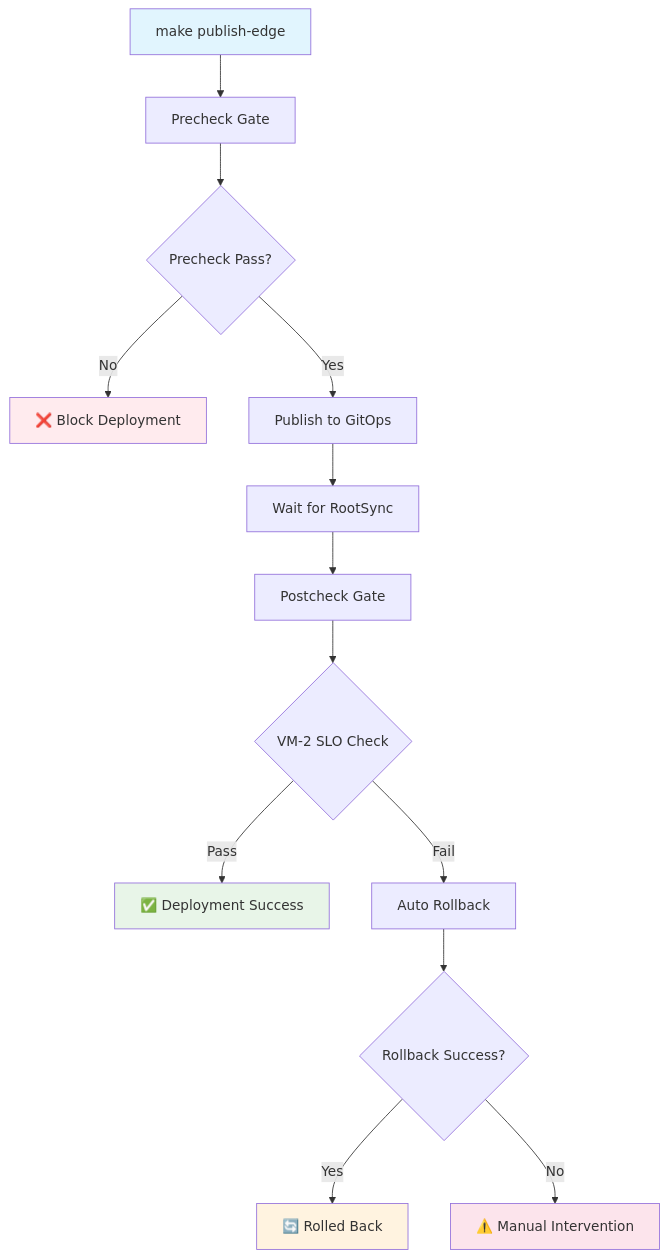
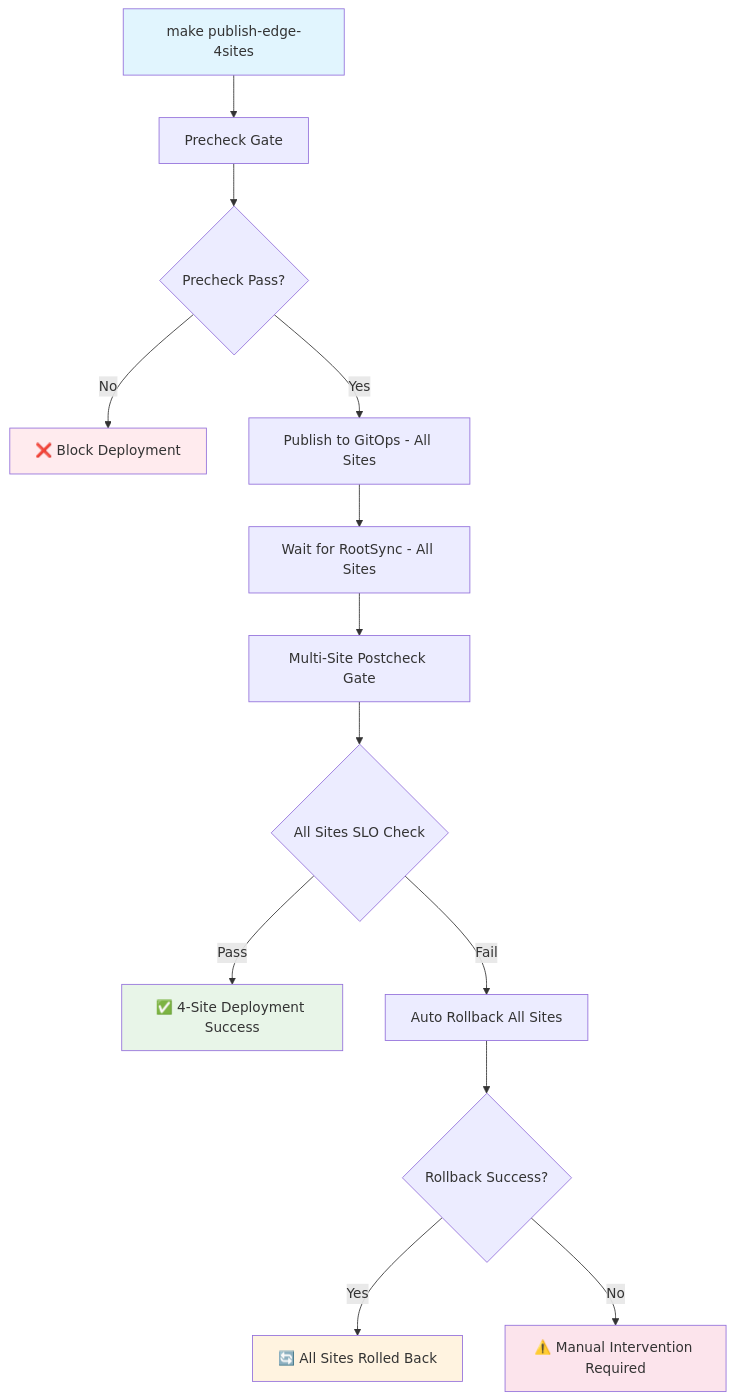
Before and after one commit to thc1006/nephio-intent-to-o2-demo: the diagram in docs/deployment/DEPLOYMENT_GUARD.md, drawn with Mermaid. The commit also changed other lines of this file and 62 other files, not shown here.

````diff
--- a/docs/deployment/DEPLOYMENT_GUARD.md
+++ b/docs/deployment/DEPLOYMENT_GUARD.md
@@ -15,21 +16,21 @@
 ```mermaid
 graph TD
-    A[make publish-edge] --> B[Precheck Gate]
+    A[make publish-edge-4sites] --> B[Precheck Gate]
     B --> C{Precheck Pass?}
     C -->|No| D[❌ Block Deployment]
-    C -->|Yes| E[Publish to GitOps]
-    E --> F[Wait for RootSync]
-    F --> G[Postcheck Gate]
-    G --> H{VM-2 SLO Check}
-    H -->|Pass| I[✅ Deployment Success]
-    H -->|Fail| J[Auto Rollback]
+    C -->|Yes| E[Publish to GitOps - All Sites]
+    E --> F[Wait for RootSync - All Sites]
+    F --> G[Multi-Site Postcheck Gate]
+    G --> H{All Sites SLO Check}
+    H -->|Pass| I[✅ 4-Site Deployment Success]
+    H -->|Fail| J[Auto Rollback All Sites]
     J --> K{Rollback Success?}
-    K -->|Yes| L[🔄 Rolled Back]
-    K -->|No| M[⚠️ Manual Intervention]
-    
+    K -->|Yes| L[🔄 All Sites Rolled Back]
+    K -->|No| M[⚠️ Manual Intervention Required]
+
     style A fill:#e1f5fe
     style D fill:#ffebee
     style I fill:#e8f5e8
     style L fill:#fff3e0
     style M fill:#fce4ec
 ```
````
